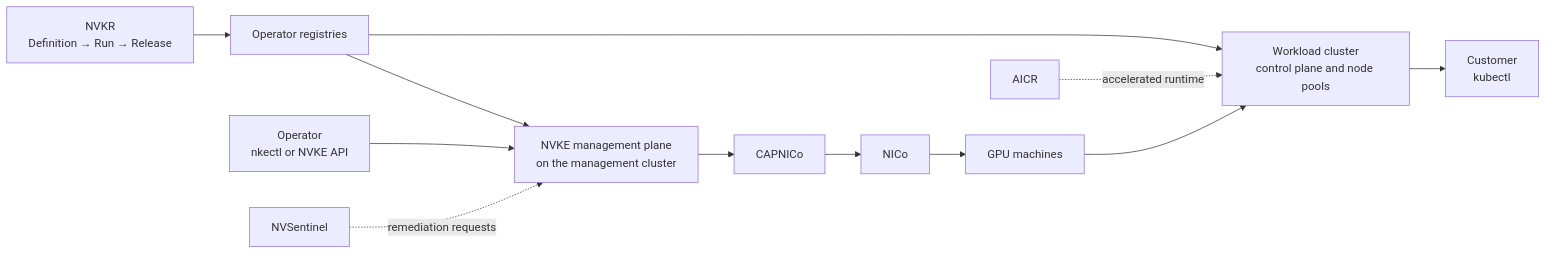
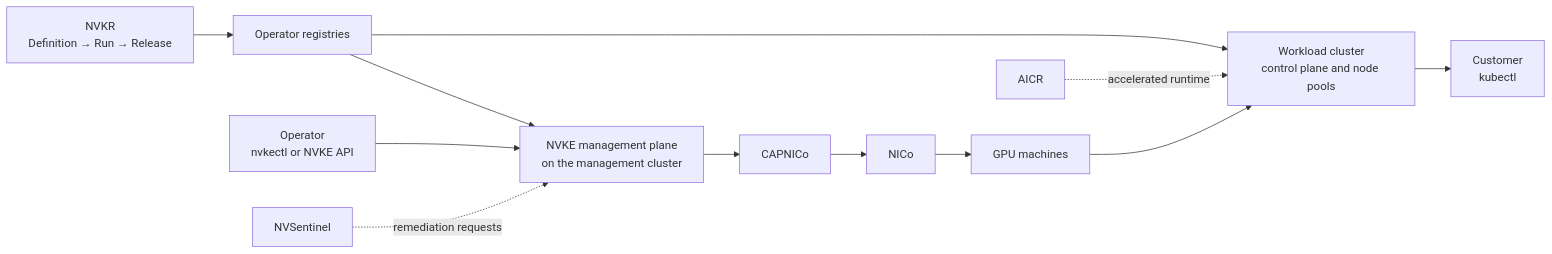
Before and after one commit to dsx-ai-factory/nvke: the diagram in docs/overview/what-is-nvke.md, drawn with Mermaid. The commit also changed other lines of this file and 17 other files, not shown here.

First line of the commit message:
docs: say NVKE and nvkectl in the launch pages, and index them

````diff
--- a/docs/overview/what-is-nvke.md
+++ b/docs/overview/what-is-nvke.md
@@ -45,12 +45,12 @@
 ```mermaid
 flowchart LR
     nvkr["NVKR<br/>Definition → Run → Release"] --> reg["Operator registries"]
-    op["Operator<br/>nkectl or NVKE API"] --> mp["NVKE management plane<br/>on the management cluster"]
+    op["Operator<br/>nvkectl or NVKE API"] --> mp["NVKE management plane<br/>on the management cluster"]
     reg --> mp
     mp --> capnico["CAPNICo"] --> nico["NICo"] --> hw["GPU machines"]
     hw --> wc["Workload cluster<br/>control plane and node pools"]
     reg --> wc
     wc --> cust["Customer<br/>kubectl"]
     aicr["AICR"] -. "accelerated runtime" .-> wc
     nvs["NVSentinel"] -. "remediation requests" .-> mp
 ```
````
